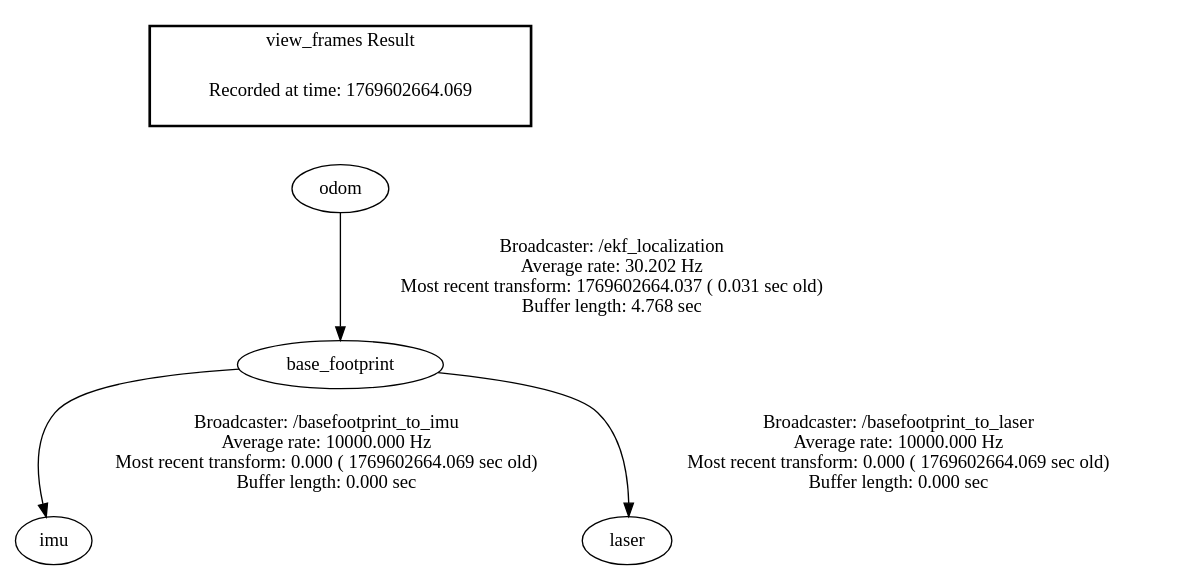
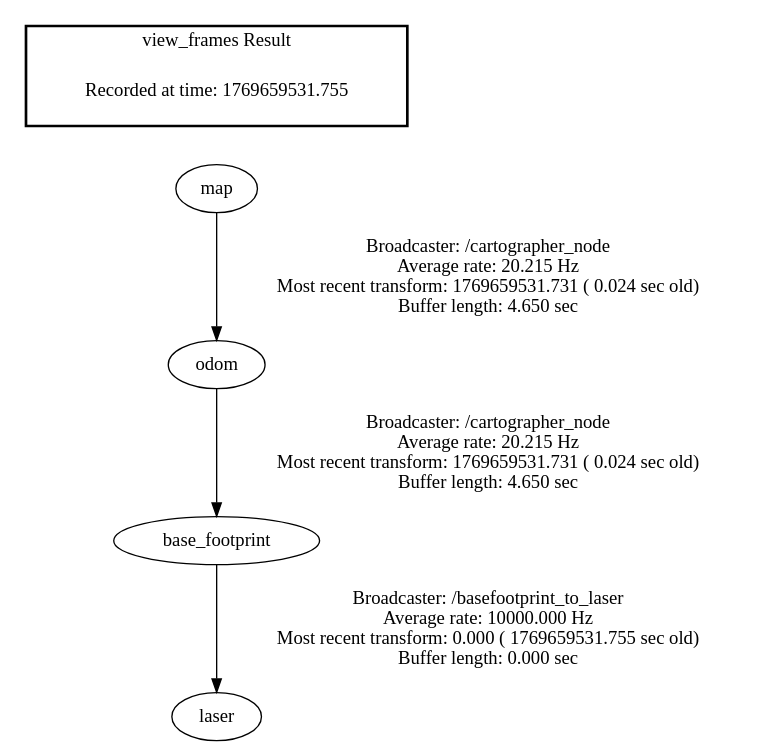
One commit to hcmutduygit/robot_fablab_ws changed the diagram in frames.gv. Above: the diagram before and after it, drawn with Graphviz. The commit also changed 35 other files, not shown here.

```diff
--- a/frames.gv
+++ b/frames.gv
@@ -1,9 +1,9 @@
 digraph G {
-"base_footprint" -> "imu"[label="Broadcaster: /basefootprint_to_imu\nAverage rate: 10000.000 Hz\nMost recent transform: 0.000 ( 1769602664.069 sec old)\nBuffer length: 0.000 sec\n"];
-"odom" -> "base_footprint"[label="Broadcaster: /ekf_localization\nAverage rate: 30.202 Hz\nMost recent transform: 1769602664.037 ( 0.031 sec old)\nBuffer length: 4.768 sec\n"];
-"base_footprint" -> "laser"[label="Broadcaster: /basefootprint_to_laser\nAverage rate: 10000.000 Hz\nMost recent transform: 0.000 ( 1769602664.069 sec old)\nBuffer length: 0.000 sec\n"];
+"base_footprint" -> "laser"[label="Broadcaster: /basefootprint_to_laser\nAverage rate: 10000.000 Hz\nMost recent transform: 0.000 ( 1769659531.755 sec old)\nBuffer length: 0.000 sec\n"];
+"odom" -> "base_footprint"[label="Broadcaster: /cartographer_node\nAverage rate: 20.215 Hz\nMost recent transform: 1769659531.731 ( 0.024 sec old)\nBuffer length: 4.650 sec\n"];
+"map" -> "odom"[label="Broadcaster: /cartographer_node\nAverage rate: 20.215 Hz\nMost recent transform: 1769659531.731 ( 0.024 sec old)\nBuffer length: 4.650 sec\n"];
 edge [style=invis];
  subgraph cluster_legend { style=bold; color=black; label ="view_frames Result";
-"Recorded at time: 1769602664.069"[ shape=plaintext ] ;
- }->"odom";
+"Recorded at time: 1769659531.755"[ shape=plaintext ] ;
+ }->"map";
 }
```
